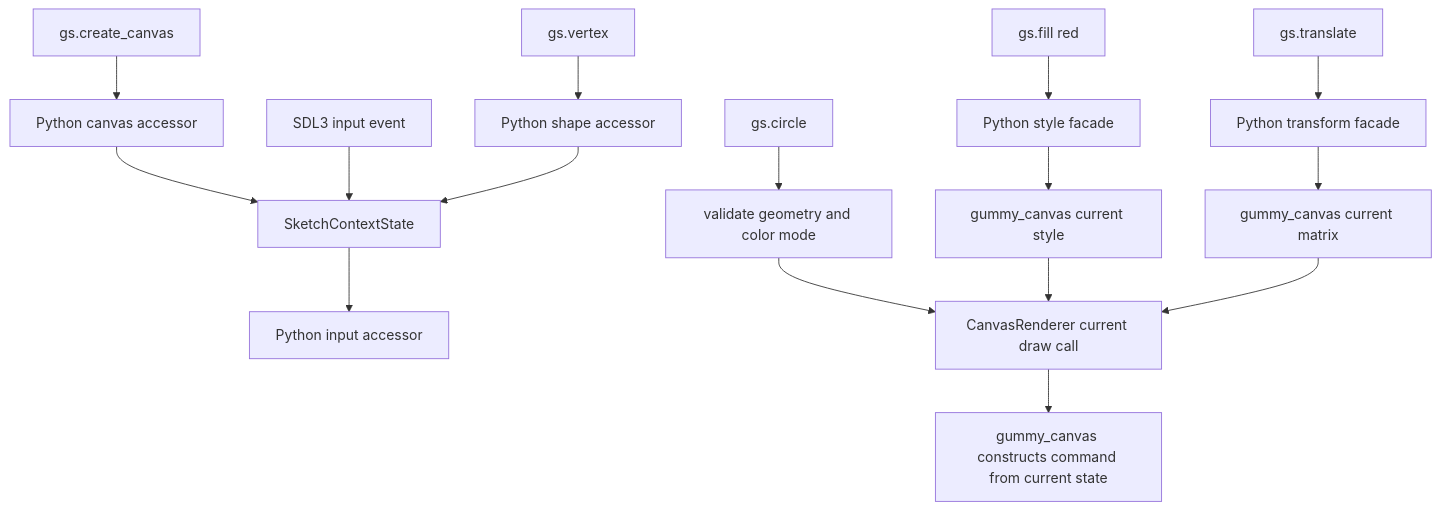
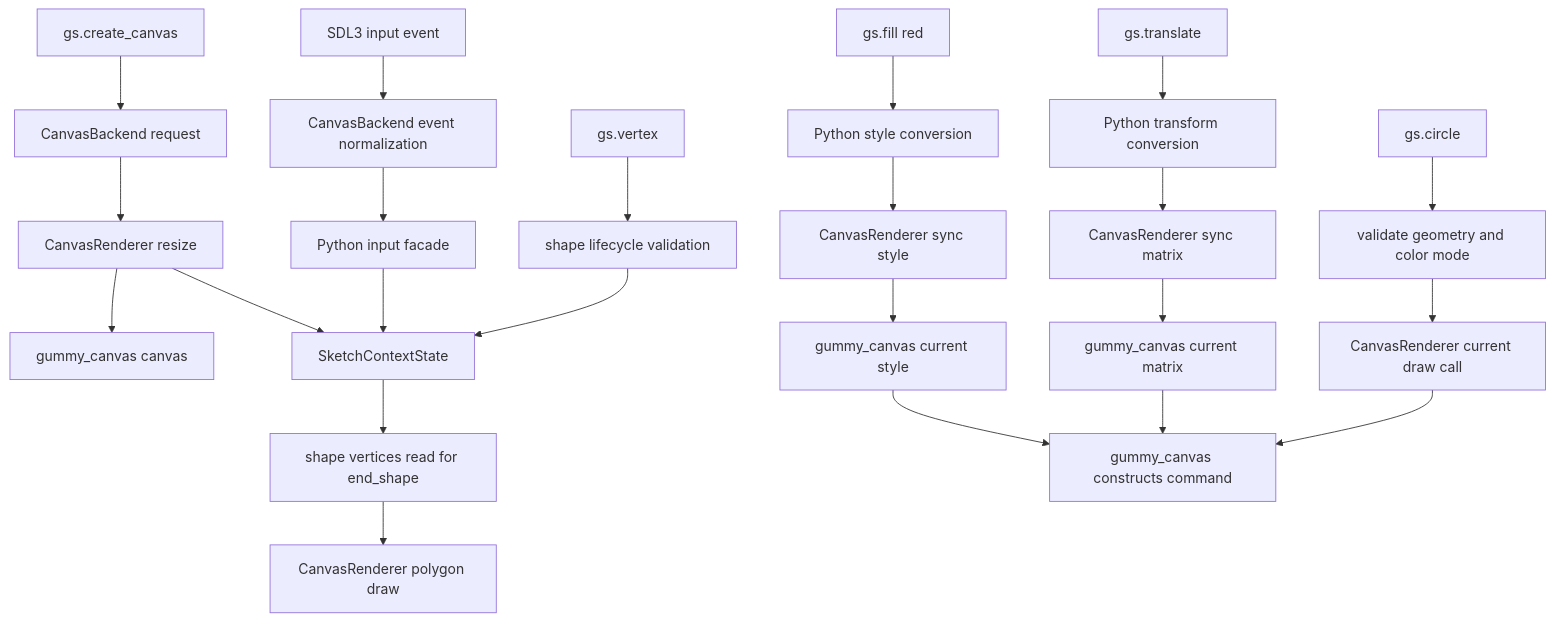
Before and after one commit to JonathanHHenson/gummy_snake: the third of 4 diagrams in docs/contribute/architecture.md, drawn with Mermaid. The commit also changed other lines of this file and 1 other file, not shown here.

Commit message:
Clarify backend and renderer ownership in docs

````diff
--- a/docs/contribute/architecture.md
+++ b/docs/contribute/architecture.md
@@ -202,23 +192,30 @@
 ```mermaid
 flowchart TD
-    CanvasCall[gs.create_canvas] --> StateProxy[Python canvas accessor]
-    StateProxy --> RustContext[SketchContextState]
+    CanvasCall[gs.create_canvas] --> Backend[CanvasBackend request]
+    Backend --> RendererResize[CanvasRenderer resize]
+    RendererResize --> RustCanvas[gummy_canvas canvas]
+    RendererResize --> RustContext[SketchContextState]
 
-    InputEvent[SDL3 input event] --> RustContext
-    RustContext --> InputProxy[Python input accessor]
+    InputEvent[SDL3 input event] --> BackendEvents[CanvasBackend event normalization]
+    BackendEvents --> InputFacade[Python input facade]
+    InputFacade --> RustContext
 
-    ShapeCall[gs.vertex] --> ShapeProxy[Python shape accessor]
-    ShapeProxy --> RustContext
+    ShapeCall[gs.vertex] --> ShapeValidation[shape lifecycle validation]
+    ShapeValidation --> RustContext
+    RustContext --> ShapeDraw[shape vertices read for end_shape]
+    ShapeDraw --> RendererShape[CanvasRenderer polygon draw]
 
-    StyleCall[gs.fill red] --> StyleFacade[Python style facade]
-    StyleFacade --> RustStyle[gummy_canvas current style]
+    StyleCall[gs.fill red] --> StyleFacade[Python style conversion]
+    StyleFacade --> RendererStyle[CanvasRenderer sync style]
+    RendererStyle --> RustStyle[gummy_canvas current style]
 
-    TransformCall[gs.translate] --> TransformFacade[Python transform facade]
-    TransformFacade --> RustTransform[gummy_canvas current matrix]
+    TransformCall[gs.translate] --> TransformFacade[Python transform conversion]
+    TransformFacade --> RendererMatrix[CanvasRenderer sync matrix]
+    RendererMatrix --> RustTransform[gummy_canvas current matrix]
 
     DrawCall[gs.circle] --> Validate[validate geometry and color mode]
     Validate --> RendererCall[CanvasRenderer current draw call]
-    RustStyle --> RendererCall
-    RustTransform --> RendererCall
-    RendererCall --> Command[gummy_canvas constructs command from current state]
+    RustStyle --> Command[gummy_canvas constructs command]
+    RustTransform --> Command
+    RendererCall --> Command
 ```
````
